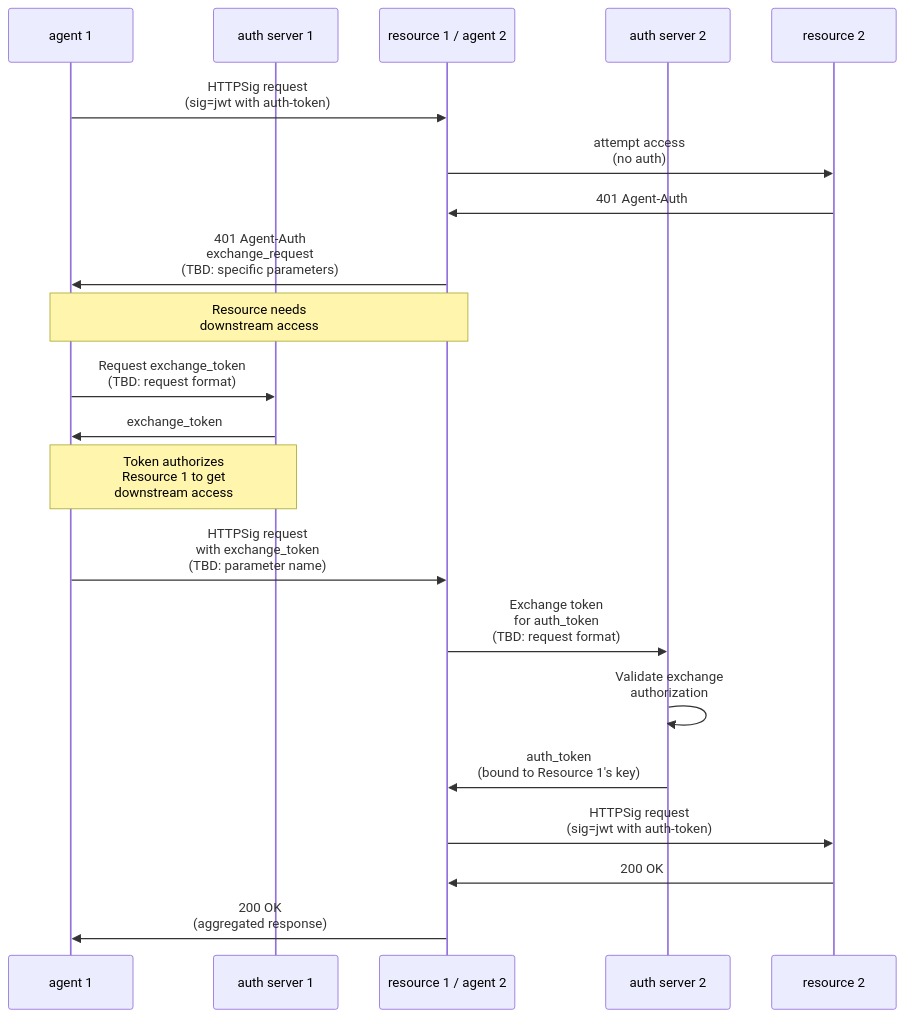
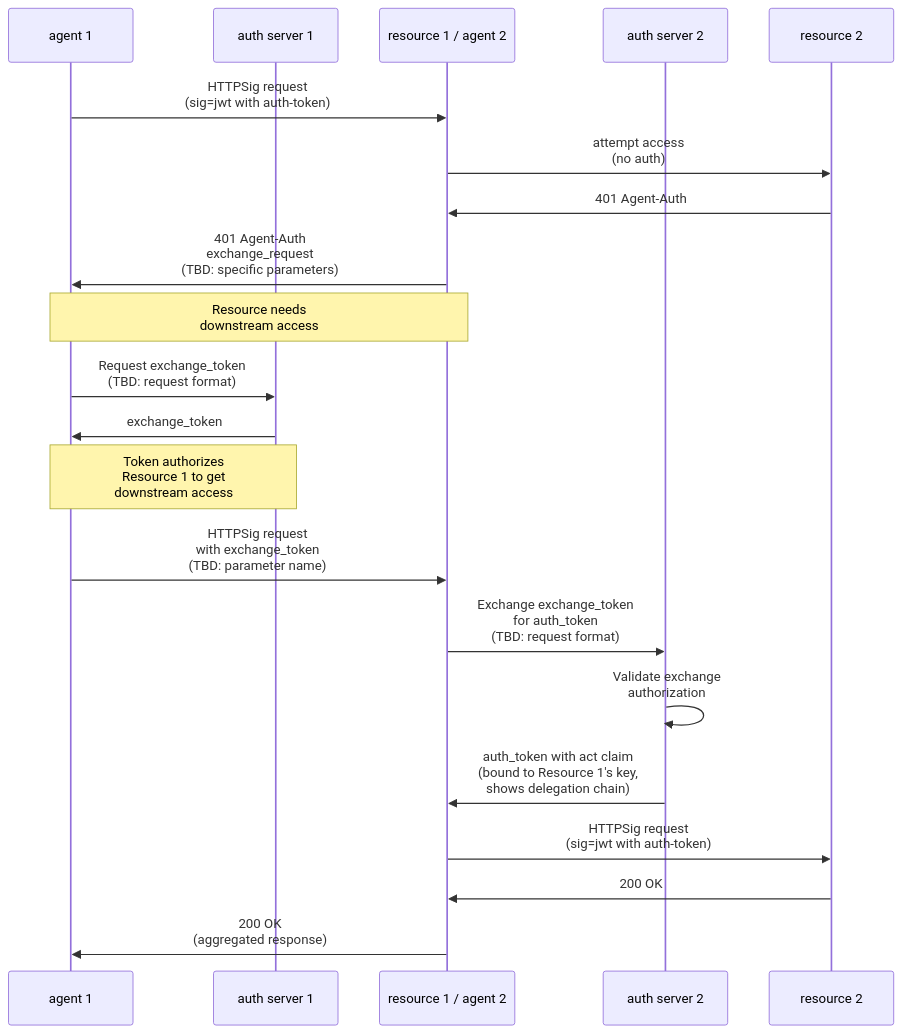
Before and after one commit to dickhardt/agent-auth: the eighth of 9 diagrams in README.md, drawn with Mermaid. The commit also changed other lines of this file, not shown here.

````diff
--- a/README.md
+++ b/README.md
@@ -335,30 +338,30 @@
 ```mermaid
 sequenceDiagram
     participant Agent1 as agent 1
     participant Auth1 as auth server 1
     participant Resource1 as resource 1 / agent 2
     participant Auth2 as auth server 2
     participant Resource2 as resource 2
 
     Agent1->>Resource1: HTTPSig request<br/>(sig=jwt with auth-token)
     Resource1->>Resource2: attempt access<br/>(no auth)
     Resource2->>Resource1: 401 Agent-Auth
 
     Resource1->>Agent1: 401 Agent-Auth<br/>exchange_request<br/>(TBD: specific parameters)
     Note over Resource1,Agent1: Resource needs<br/>downstream access
 
     Agent1->>Auth1: Request exchange_token<br/>(TBD: request format)
     Auth1->>Agent1: exchange_token
     Note over Auth1,Agent1: Token authorizes<br/>Resource 1 to get<br/>downstream access
 
     Agent1->>Resource1: HTTPSig request<br/>with exchange_token<br/>(TBD: parameter name)
 
-    Resource1->>Auth2: Exchange token<br/>for auth_token<br/>(TBD: request format)
+    Resource1->>Auth2: Exchange exchange_token<br/>for auth_token<br/>(TBD: request format)
     Auth2->>Auth2: Validate exchange<br/>authorization
-    Auth2->>Resource1: auth_token<br/>(bound to Resource 1's key)
+    Auth2->>Resource1: auth_token with act claim<br/>(bound to Resource 1's key,<br/>shows delegation chain)
 
     Resource1->>Resource2: HTTPSig request<br/>(sig=jwt with auth-token)
     Resource2->>Resource1: 200 OK
 
     Resource1->>Agent1: 200 OK<br/>(aggregated response)
 ```
````
